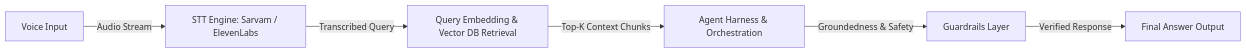
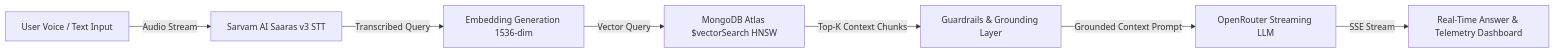
One commit to prasadaniket/hhgoa_task_2 changed the diagram in readme.md. Above: the diagram before and after it, drawn with Mermaid. The commit also changed other lines of this file, not shown here.

Commit message:
docs: place Getting Started before architecture pipeline in README.md (#RAGInGoa)

````diff
--- a/readme.md
+++ b/readme.md
@@ -38,8 +102,9 @@
 ```mermaid
 graph LR
-    A[Voice Input] -->|Audio Stream| B[STT Engine: Sarvam / ElevenLabs]
-    B -->|Transcribed Query| C[Query Embedding & Vector DB Retrieval]
-    C -->|Top-K Context Chunks| D[Agent Harness & Orchestration]
-    D -->|Groundedness & Safety| E[Guardrails Layer]
-    E -->|Verified Response| F[Final Answer Output]
+    A[User Voice / Text Input] -->|Audio Stream| B[Sarvam AI Saaras v3 STT]
+    B -->|Transcribed Query| C[Embedding Generation 1536-dim]
+    C -->|Vector Query| D[MongoDB Atlas $vectorSearch HNSW]
+    D -->|Top-K Context Chunks| E[Guardrails & Grounding Layer]
+    E -->|Grounded Context Prompt| F[OpenRouter Streaming LLM]
+    F -->|SSE Stream| G[Real-Time Answer & Telemetry Dashboard]
 ```
````
